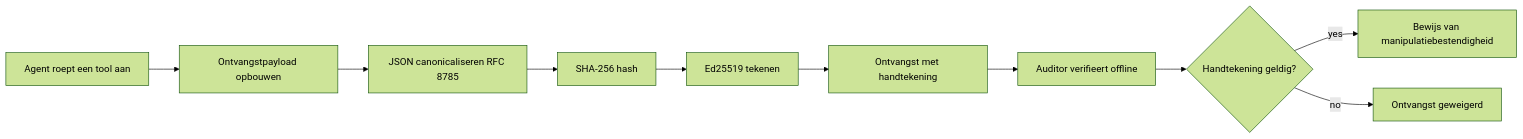
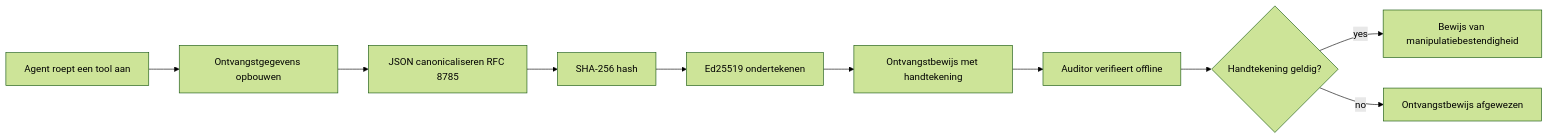
One commit to microsoft/ai-agents-for-beginners changed the first of 2 diagrams in translations/nl/18-securing-ai-agents/README.md. Above: the diagram before and after it, drawn with Mermaid (forest theme). The commit also changed other lines of this file and 222 other files, not shown here.

````diff
--- a/translations/nl/18-securing-ai-agents/README.md
+++ b/translations/nl/18-securing-ai-agents/README.md
@@ -51,12 +51,12 @@
 ```mermaid
 flowchart LR
-    A[Agent roept een tool aan] --> B[Ontvangstpayload opbouwen]
+    A[Agent roept een tool aan] --> B[Ontvangstgegevens opbouwen]
     B --> C[JSON canonicaliseren RFC 8785]
     C --> D[SHA-256 hash]
-    D --> E[Ed25519 tekenen]
-    E --> F[Ontvangst met handtekening]
+    D --> E[Ed25519 ondertekenen]
+    E --> F[Ontvangstbewijs met handtekening]
     F --> G[Auditor verifieert offline]
     G --> H{Handtekening geldig?}
     H -- yes --> I[Bewijs van manipulatiebestendigheid]
-    H -- no --> J[Ontvangst geweigerd]
+    H -- no --> J[Ontvangstbewijs afgewezen]
 ```
````
